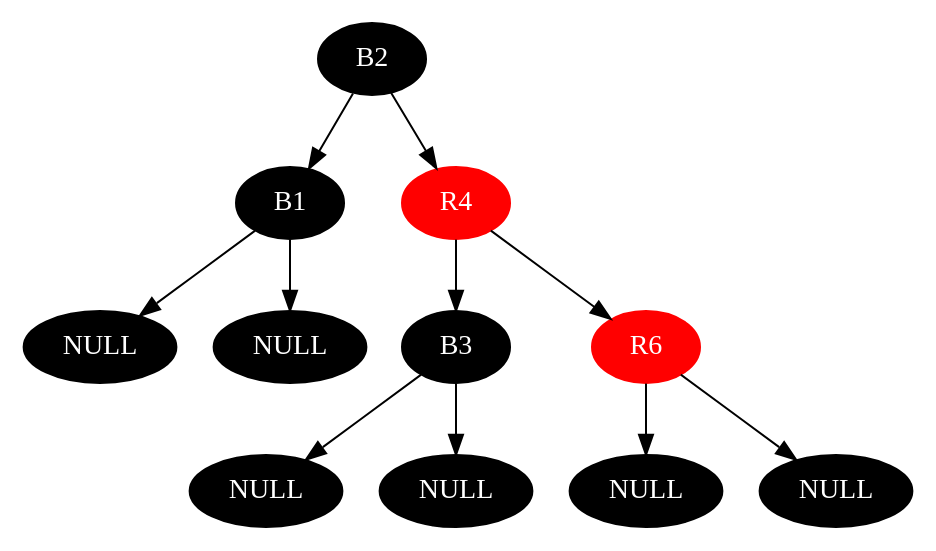
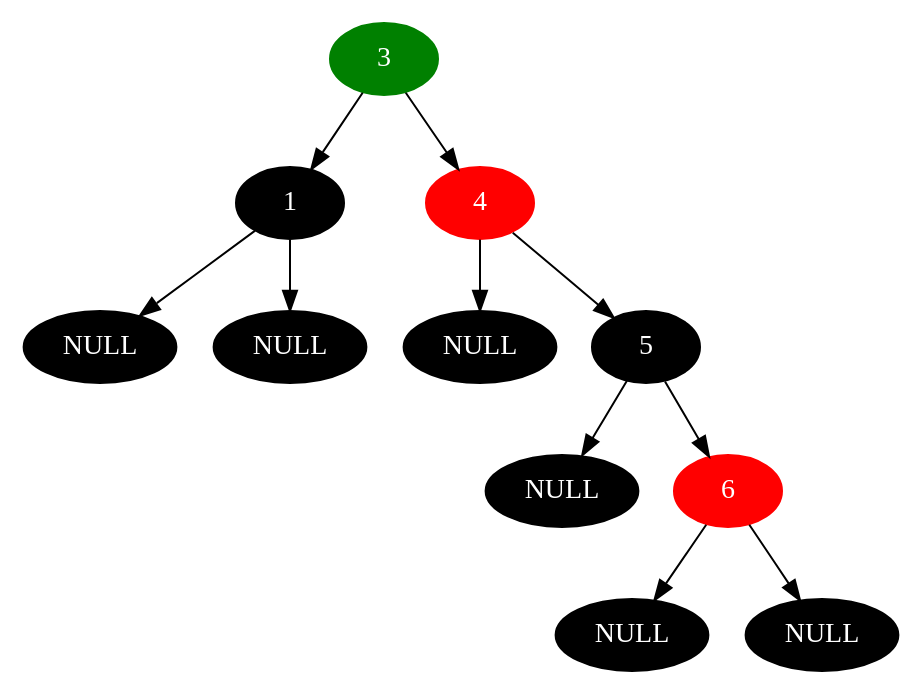
The diagram in graph.dot (neske99/RedBlackTreeImplementation), drawn with Graphviz before and after one commit. The commit also changed 2 other files, not shown here.

Commit message:
feat: implemented double black coloring in deletion

```diff
--- a/graph.dot
+++ b/graph.dot
@@ -1,23 +1,23 @@
 digraph{
-0[label="B2",color=black,style=filled,fontcolor=white];
+0[label="3",color=green,style=filled,fontcolor=white];
 0 -> 1;
 0 -> 2;
-1[label="B1",color=black,style=filled,fontcolor=white];
+1[label="1",color=black,style=filled,fontcolor=white];
 1 -> 3;
 1 -> 4;
 3[label="NULL",color=black,style=filled,fontcolor=white];
 4[label="NULL",color=black,style=filled,fontcolor=white];
-2[label="R4",color=red,style=filled,fontcolor=white];
+2[label="4",color=red,style=filled,fontcolor=white];
 2 -> 5;
 2 -> 6;
-5[label="B3",color=black,style=filled,fontcolor=white];
-5 -> 11;
-5 -> 12;
-11[label="NULL",color=black,style=filled,fontcolor=white];
-12[label="NULL",color=black,style=filled,fontcolor=white];
-6[label="R6",color=red,style=filled,fontcolor=white];
+5[label="NULL",color=black,style=filled,fontcolor=white];
+6[label="5",color=black,style=filled,fontcolor=white];
 6 -> 13;
 6 -> 14;
 13[label="NULL",color=black,style=filled,fontcolor=white];
-14[label="NULL",color=black,style=filled,fontcolor=white];
+14[label="6",color=red,style=filled,fontcolor=white];
+14 -> 29;
+14 -> 30;
+29[label="NULL",color=black,style=filled,fontcolor=white];
+30[label="NULL",color=black,style=filled,fontcolor=white];
 }
```
